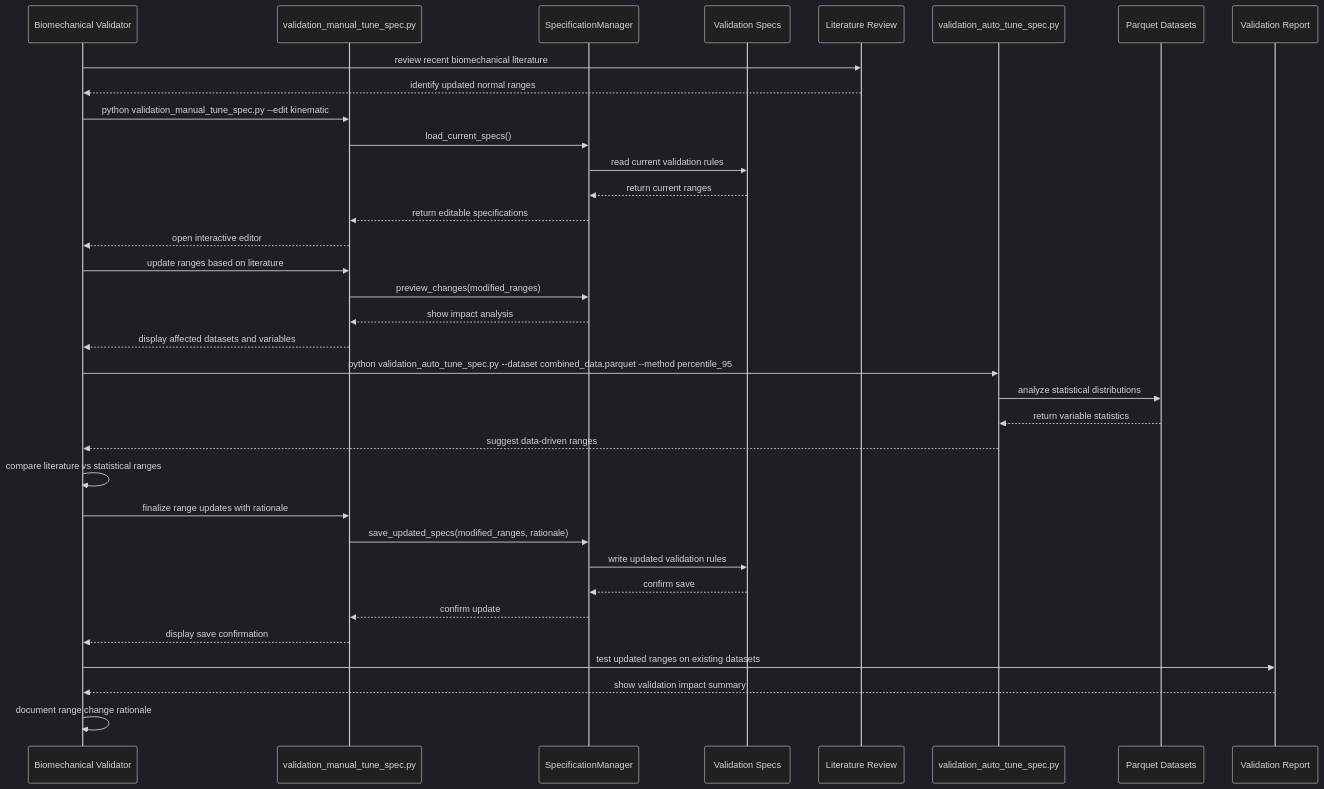
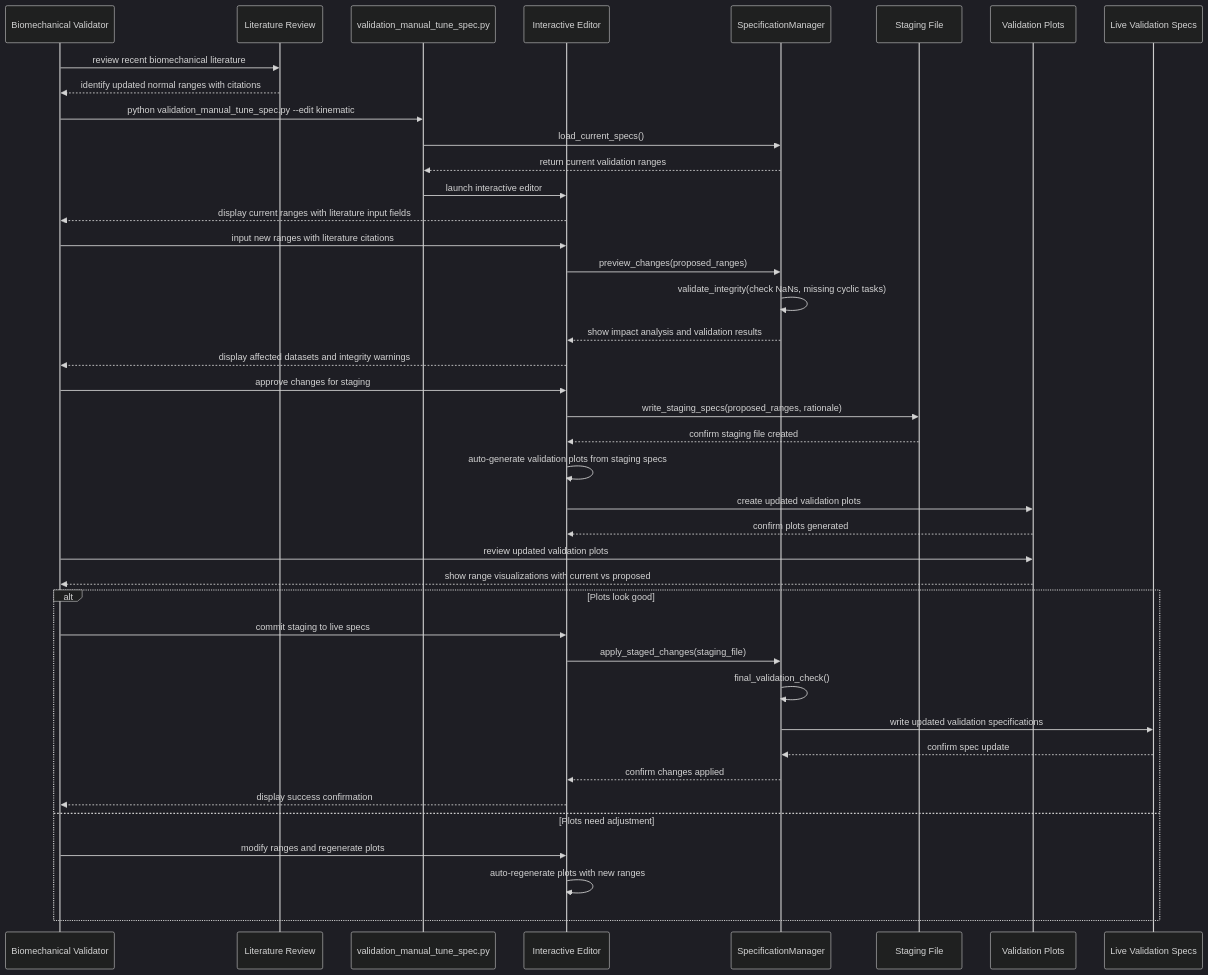
Before and after one commit to jmontp/LocoHub: the second of 5 diagrams in docs/software_engineering/06_sequence_workflows.md, drawn with Mermaid. The commit also changed other lines of this file and 2 other files, not shown here.

Commit message:
Integrate visualization generation into validation workflows
Eliminated standalone visualization entry points in favor of integrated approach:
- Removed generate_validation_plots.py and generate_validation_gifs.py as separate tools
- Added --generate-gifs flag to validation tools for optional animation generation
- Integrated plot generation directly into validation workflows (automatic static plots, optional GIFs)
- Updated user stories to reflect integrated visualization with performance optimization

Benefits:
- Reduced entry points from 7 to 5 tools (-2 maintenance burden)
- Smart defaults: fast validation reports without expensive animations
- Optional animations only when explicitly needed with --generate-gifs flag
- Integrated workflow prevents plot/spec mismatches

Updated tools:
- validation_dataset_report.py [--generate-gifs]
- validation_manual_tune_spec.py [--generate-gifs]
- validation_auto_tune_spec.py [--generate-gifs]

🤖 Generated with [Claude Code](https://claude.ai/code)

````diff
--- a/docs/software_engineering/06_sequence_workflows.md
+++ b/docs/software_engineering/06_sequence_workflows.md
@@ -74,44 +74,51 @@
 ```mermaid
 %%{init: {'theme': 'dark'}}%%
 sequenceDiagram
     participant BV as Biomechanical Validator
+    participant LT as Literature Review
     participant MS as validation_manual_tune_spec.py
+    participant IE as Interactive Editor
     participant SM as SpecificationManager
-    participant VS as Validation Specs
-    participant LT as Literature Review
-    participant AT as validation_auto_tune_spec.py
-    participant PD as Parquet Datasets
-    participant VR as Validation Report
+    participant SF as Staging File
+    participant VP as Validation Plots
+    participant VS as Live Validation Specs
 
     BV->>LT: review recent biomechanical literature
-    LT-->>BV: identify updated normal ranges
+    LT-->>BV: identify updated normal ranges with citations
     
     BV->>MS: python validation_manual_tune_spec.py --edit kinematic
     MS->>SM: load_current_specs()
-    SM->>VS: read current validation rules
-    VS-->>SM: return current ranges
-    SM-->>MS: return editable specifications
-    MS-->>BV: open interactive editor
+    SM-->>MS: return current validation ranges
+    MS->>IE: launch interactive editor
+    IE-->>BV: display current ranges with literature input fields
     
-    BV->>MS: update ranges based on literature
-    MS->>SM: preview_changes(modified_ranges)
-    SM-->>MS: show impact analysis
-    MS-->>BV: display affected datasets and variables
+    BV->>IE: input new ranges with literature citations
+    IE->>SM: preview_changes(proposed_ranges)
+    SM->>SM: validate_integrity(check NaNs, missing cyclic tasks)
+    SM-->>IE: show impact analysis and validation results
+    IE-->>BV: display affected datasets and integrity warnings
     
-    BV->>AT: python validation_auto_tune_spec.py --dataset combined_data.parquet --method percentile_95
-    AT->>PD: analyze statistical distributions
-    PD-->>AT: return variable statistics
-    AT-->>BV: suggest data-driven ranges
+    BV->>IE: approve changes for staging
+    IE->>SF: write_staging_specs(proposed_ranges, rationale)
+    SF-->>IE: confirm staging file created
     
-    BV->>BV: compare literature vs statistical ranges
-    BV->>MS: finalize range updates with rationale
-    MS->>SM: save_updated_specs(modified_ranges, rationale)
-    SM->>VS: write updated validation rules
-    VS-->>SM: confirm save
-    SM-->>MS: confirm update
-    MS-->>BV: display save confirmation
+    IE->>IE: auto-generate validation plots from staging specs
+    IE->>VP: create updated validation plots
+    VP-->>IE: confirm plots generated
     
-    BV->>VR: test updated ranges on existing datasets
-    VR-->>BV: show validation impact summary
-    BV->>BV: document range change rationale
+    BV->>VP: review updated validation plots
+    VP-->>BV: show range visualizations with current vs proposed
+    
+    alt Plots look good
+        BV->>IE: commit staging to live specs
+        IE->>SM: apply_staged_changes(staging_file)
+        SM->>SM: final_validation_check()
+        SM->>VS: write updated validation specifications
+        VS-->>SM: confirm spec update
+        SM-->>IE: confirm changes applied
+        IE-->>BV: display success confirmation
+    else Plots need adjustment
+        BV->>IE: modify ranges and regenerate plots
+        IE->>IE: auto-regenerate plots with new ranges
+    end
 ```
````
